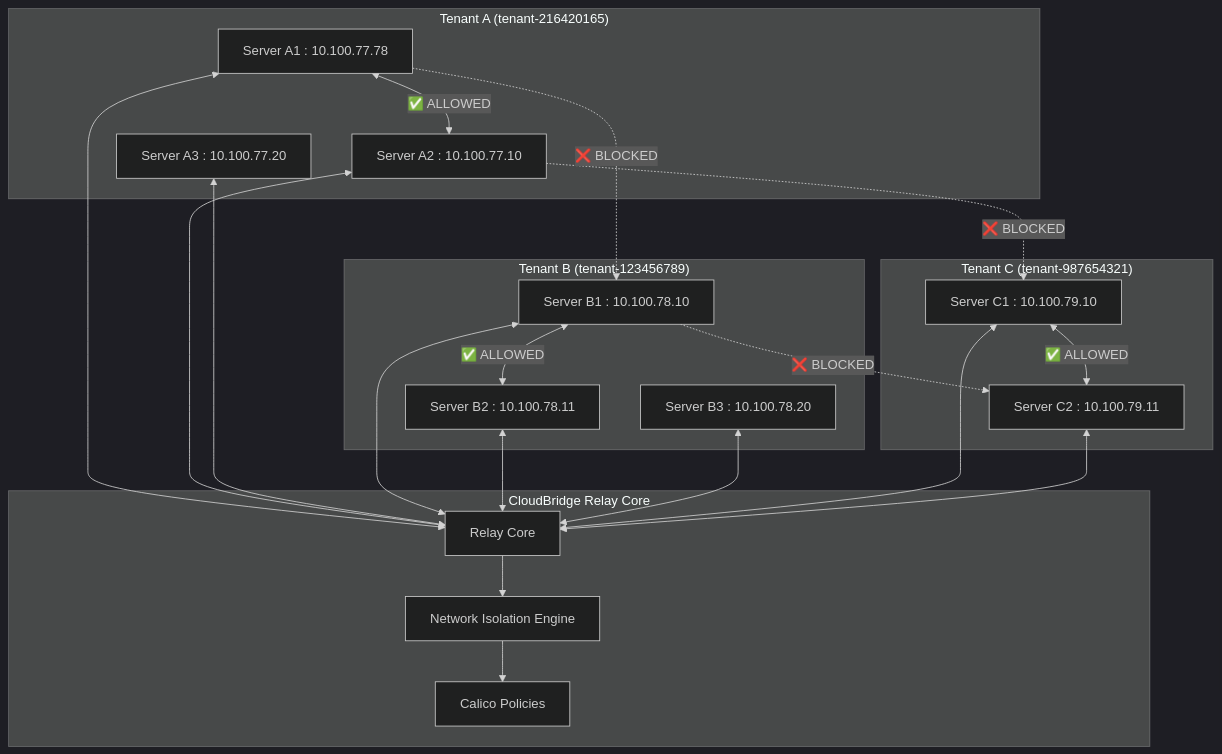
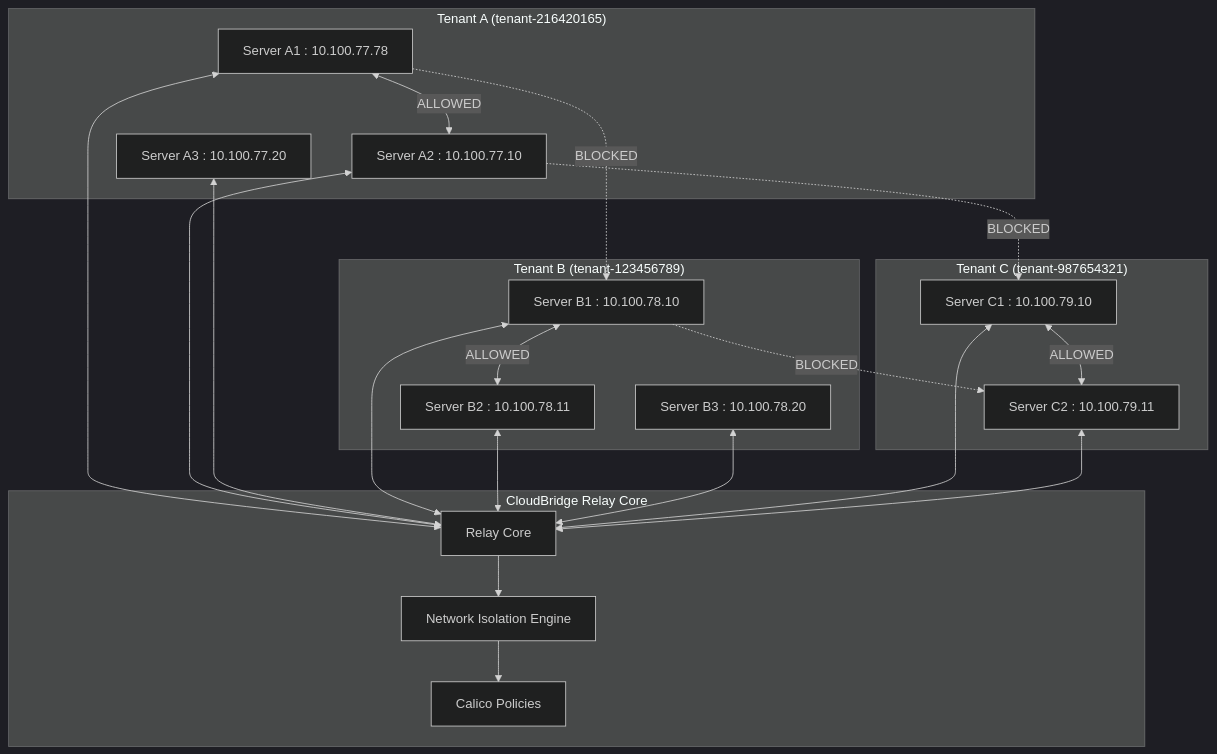
One commit to twogc/cloudbridge-relay-installer changed diagram 23 of 26 in docs/architecture/ARCHITECTURE_ANALYSIS.md. Above: the diagram before and after it, drawn with Mermaid (dark theme). The commit also changed other lines of this file and 333 other files, not shown here.

````diff
--- a/docs/architecture/ARCHITECTURE_ANALYSIS.md
+++ b/docs/architecture/ARCHITECTURE_ANALYSIS.md
@@ -1679,46 +1679,46 @@
 ```mermaid
 graph TB
     subgraph "Tenant A (tenant-216420165)"
         TA1[Server A1 : 10.100.77.78]
         TA2[Server A2 : 10.100.77.10]
         TA3[Server A3 : 10.100.77.20]
     end
     
     subgraph "Tenant B (tenant-123456789)"
         TB1[Server B1 : 10.100.78.10]
         TB2[Server B2 : 10.100.78.11]
         TB3[Server B3 : 10.100.78.20]
     end
     
     subgraph "Tenant C (tenant-987654321)"
         TC1[Server C1 : 10.100.79.10]
         TC2[Server C2 : 10.100.79.11]
     end
     
     subgraph "CloudBridge Relay Core"
         RELAY[Relay Core]
         ISOLATION[Network Isolation Engine]
         CALICO[Calico Policies]
     end
     
     TA1 <--> RELAY
     TA2 <--> RELAY
     TA3 <--> RELAY
     
     TB1 <--> RELAY
     TB2 <--> RELAY
     TB3 <--> RELAY
     
     TC1 <--> RELAY
     TC2 <--> RELAY
     
     RELAY --> ISOLATION
     ISOLATION --> CALICO
     
-    TA1 -.->|❌ BLOCKED| TB1
-    TA2 -.->|❌ BLOCKED| TC1
-    TB1 -.->|❌ BLOCKED| TC2
-    TA1 <-->|✅ ALLOWED| TA2
-    TB1 <-->|✅ ALLOWED| TB2
-    TC1 <-->|✅ ALLOWED| TC2
+    TA1 -.->| BLOCKED| TB1
+    TA2 -.->| BLOCKED| TC1
+    TB1 -.->| BLOCKED| TC2
+    TA1 <-->| ALLOWED| TA2
+    TB1 <-->| ALLOWED| TB2
+    TC1 <-->| ALLOWED| TC2
 ```
````
